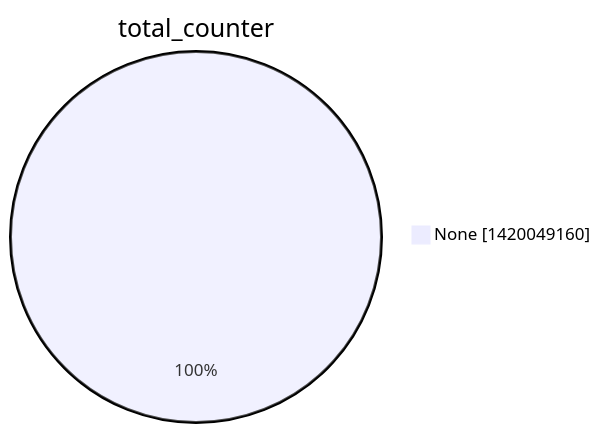
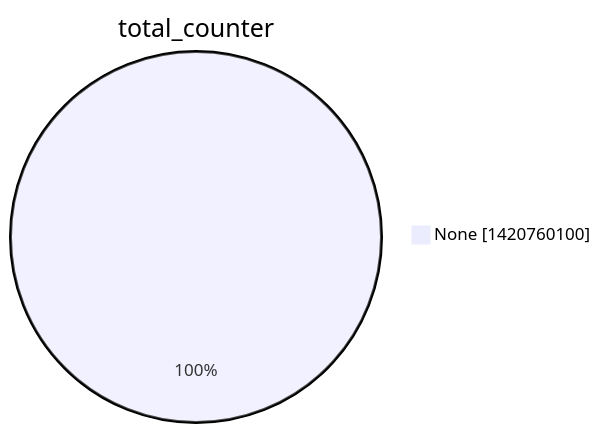
The second of 15 diagrams in argon2022/README.md (christiankrug/ctmonitor_visualization), drawn with Mermaid before and after one commit. The commit also changed other lines of this file, not shown here.

````diff
--- a/argon2022/README.md
+++ b/argon2022/README.md
@@ -9,5 +9,5 @@
 ```mermaid
 pie showData
 title total_counter
-"None" :1420049160
+"None" :1420760100
 ```
````
